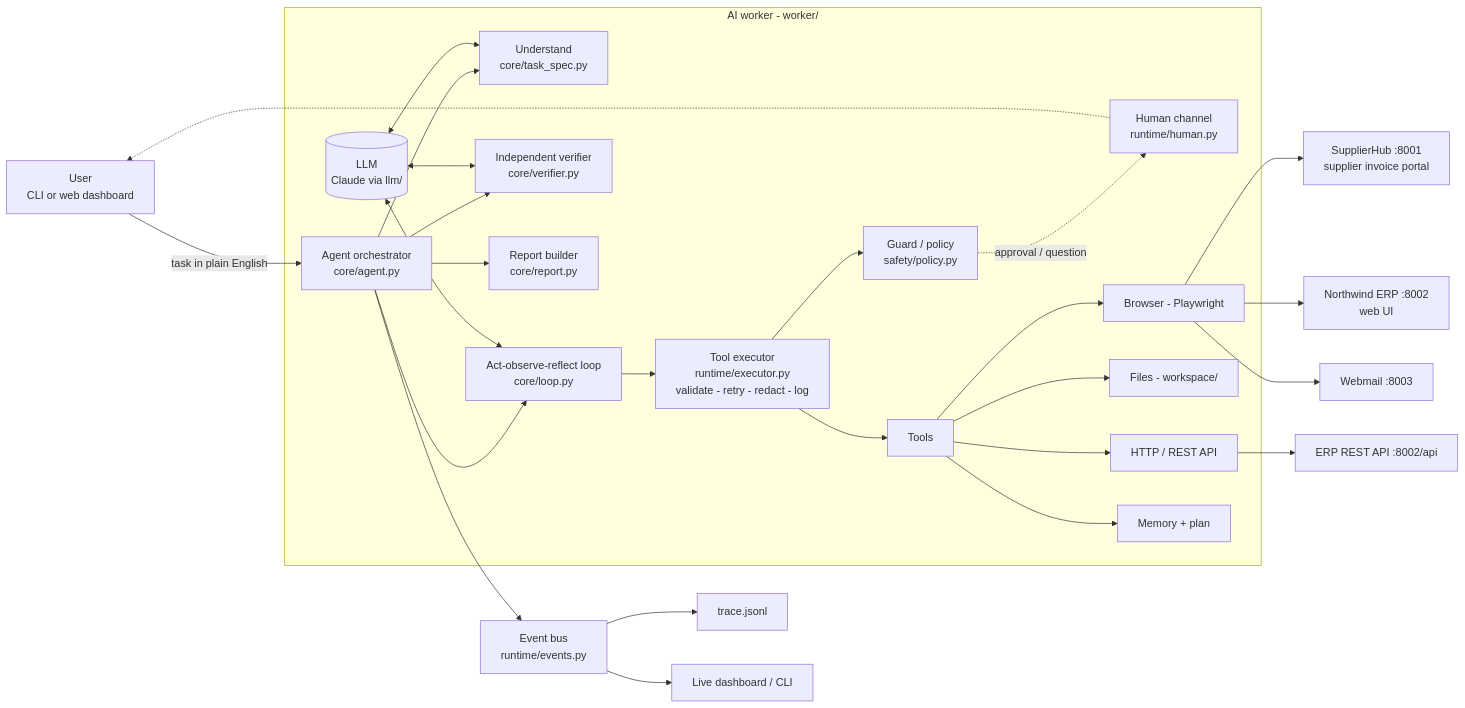
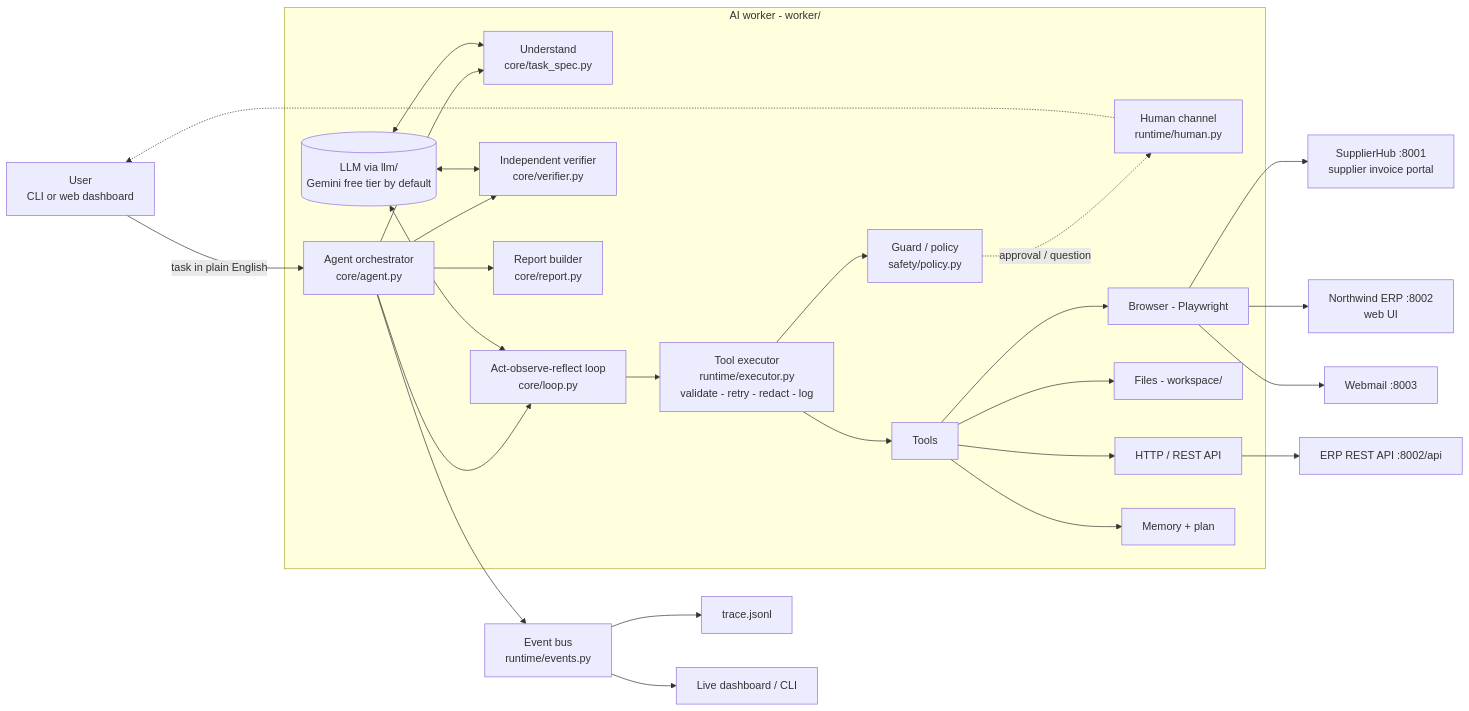
Before and after one commit to unmilan17/ai-task-worker: the first of 3 diagrams in docs/ARCHITECTURE.md, drawn with Mermaid. The commit also changed other lines of this file and 21 other files, not shown here.

First line of the commit message:
Run on free-tier LLM APIs (Gemini by default)

````diff
--- a/docs/ARCHITECTURE.md
+++ b/docs/ARCHITECTURE.md
@@ -18,33 +18,33 @@
 ```mermaid
 flowchart LR
     U[User<br/>CLI or web dashboard] -->|task in plain English| A
 
     subgraph W[AI worker  - worker/]
       A[Agent orchestrator<br/>core/agent.py]
       A --> TS[Understand<br/>core/task_spec.py]
       A --> L[Act-observe-reflect loop<br/>core/loop.py]
       A --> V[Independent verifier<br/>core/verifier.py]
       A --> R[Report builder<br/>core/report.py]
       L --> X[Tool executor<br/>runtime/executor.py<br/>validate - retry - redact - log]
       X --> G[Guard / policy<br/>safety/policy.py]
       X --> T[Tools]
       G -.approval / question.-> H[Human channel<br/>runtime/human.py]
       T --> B[Browser - Playwright]
       T --> F[Files - workspace/]
       T --> HTTP[HTTP / REST API]
       T --> M[Memory + plan]
-      LLM[(LLM<br/>Claude via llm/)] <--> TS
+      LLM[(LLM via llm/<br/>Gemini free tier by default)] <--> TS
       LLM <--> L
       LLM <--> V
     end
 
     H -.-> U
     B --> SH[SupplierHub :8001<br/>supplier invoice portal]
     B --> ERP[Northwind ERP :8002<br/>web UI]
     HTTP --> ERPAPI[ERP REST API :8002/api]
     B --> MAIL[Webmail :8003]
 
     A --> EV[Event bus<br/>runtime/events.py]
     EV --> TR[trace.jsonl]
     EV --> UI[Live dashboard / CLI]
 ```
````
